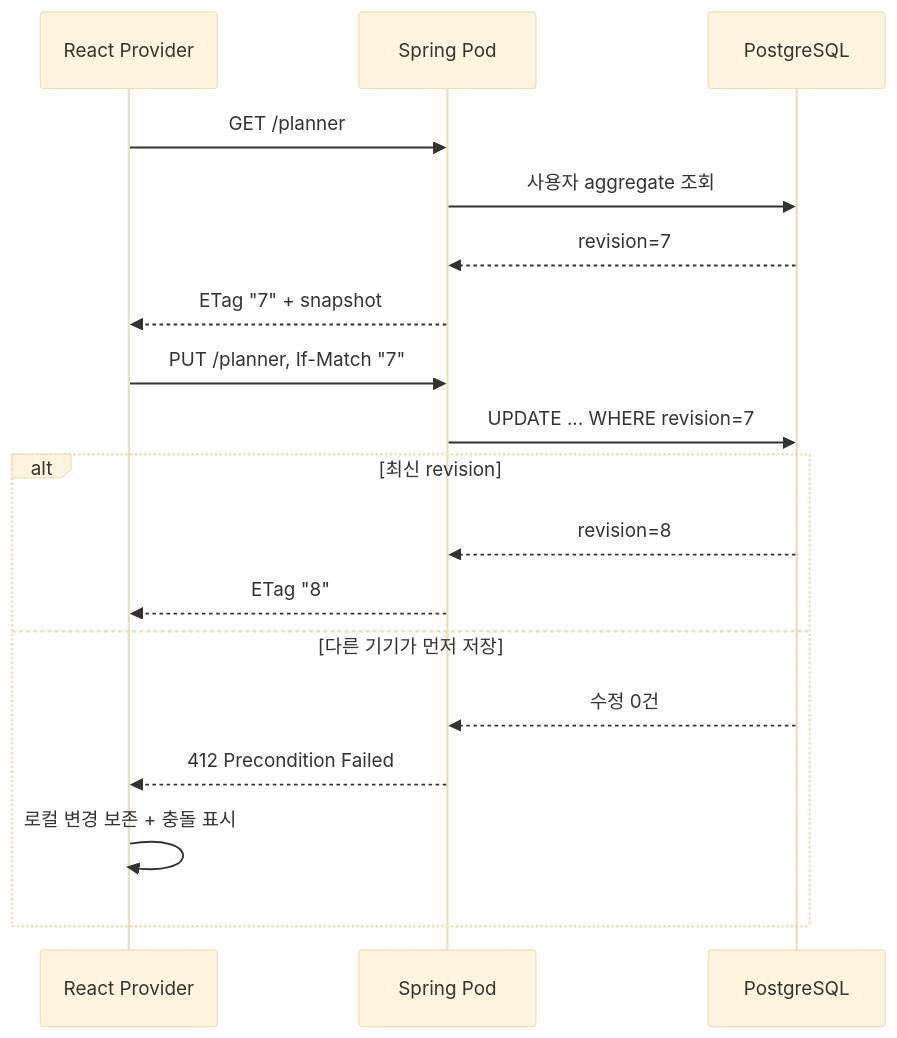
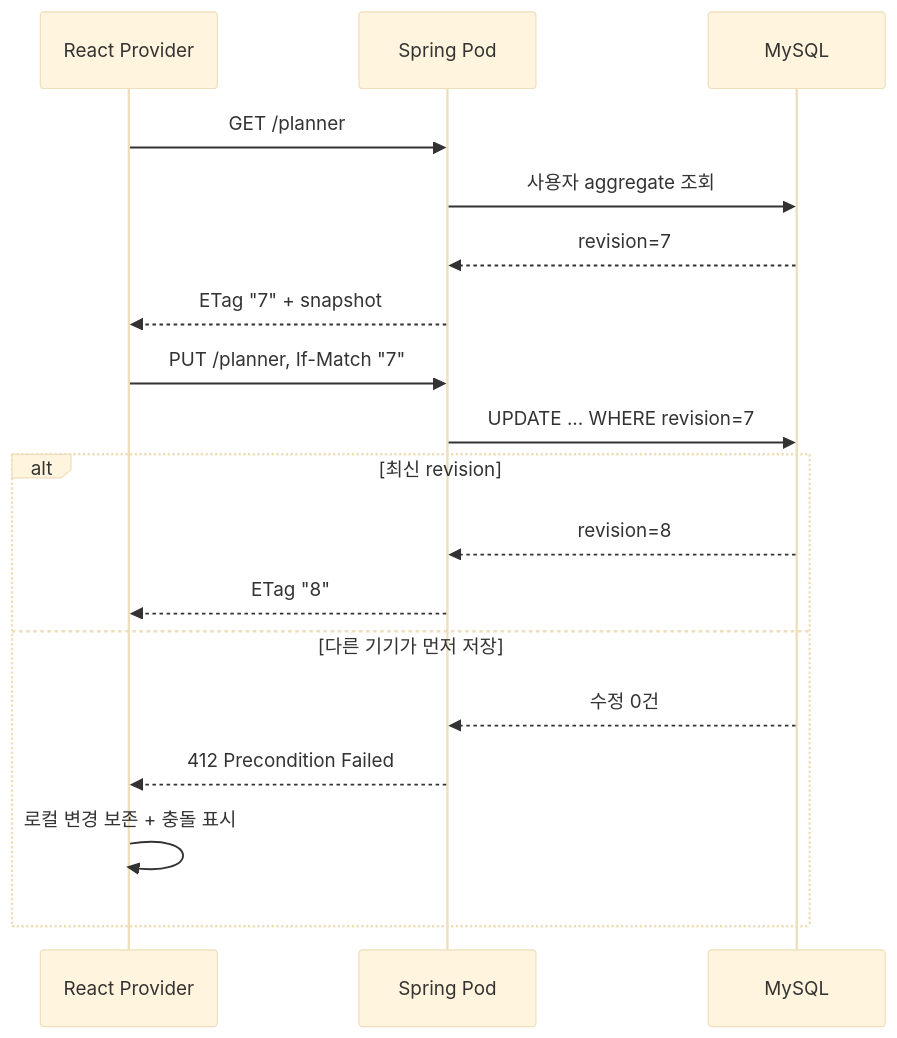
The second of 2 diagrams in docs/BACKEND_ARCHITECTURE.md (jieseob1/planner), drawn with Mermaid (base theme) before and after one commit. The commit also changed other lines of this file and 68 other files, not shown here.

````diff
--- a/docs/BACKEND_ARCHITECTURE.md
+++ b/docs/BACKEND_ARCHITECTURE.md
@@ -49,20 +49,20 @@
 ```mermaid
 sequenceDiagram
   participant UI as React Provider
   participant API as Spring Pod
-  participant DB as PostgreSQL
+  participant DB as MySQL
   UI->>API: GET /planner
   API->>DB: 사용자 aggregate 조회
   DB-->>API: revision=7
   API-->>UI: ETag "7" + snapshot
   UI->>API: PUT /planner, If-Match "7"
   API->>DB: UPDATE ... WHERE revision=7
   alt 최신 revision
     DB-->>API: revision=8
     API-->>UI: ETag "8"
   else 다른 기기가 먼저 저장
     DB-->>API: 수정 0건
     API-->>UI: 412 Precondition Failed
     UI->>UI: 로컬 변경 보존 + 충돌 표시
   end
 ```
````
